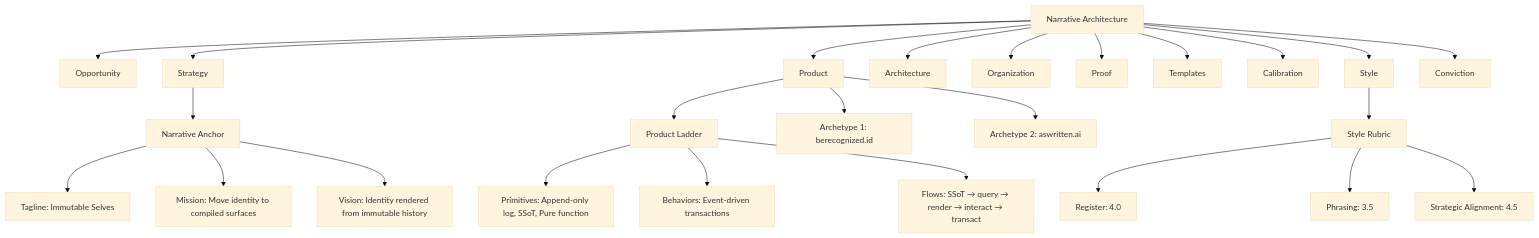
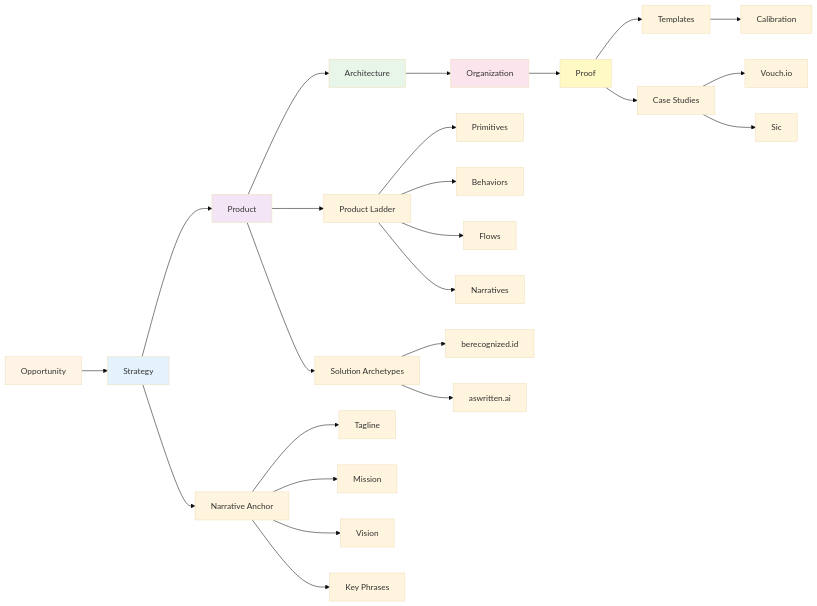
Before and after one commit to Synthetic-Identity-Co/conj-talk-2025: the second of 2 diagrams in README.md, drawn with Mermaid (base theme). The commit also changed other lines of this file, not shown here.

````diff
--- a/README.md
+++ b/README.md
@@ -98,31 +125,37 @@
 ```mermaid
-graph TD
-    NA[Narrative Architecture] --> Opp[Opportunity]
-    NA --> Strat[Strategy]
-    NA --> Prod[Product]
-    NA --> Arch[Architecture]
-    NA --> Org[Organization]
-    NA --> Proof[Proof]
-    NA --> Temp[Templates]
-    NA --> Cal[Calibration]
-    NA --> Style[Style]
-    NA --> Conv[Conviction]
+graph LR
+    A[Opportunity] --> B[Strategy]
+    B --> C[Product]
+    C --> D[Architecture]
+    D --> E[Organization]
+    E --> F[Proof]
+    F --> G[Templates]
+    G --> H[Calibration]
     
-    Strat --> Anchor[Narrative Anchor]
-    Anchor --> Tag[Tagline: Immutable Selves]
-    Anchor --> Miss[Mission: Move identity to compiled surfaces]
-    Anchor --> Vis[Vision: Identity rendered from immutable history]
+    B --> I[Narrative Anchor]
+    I --> J[Tagline]
+    I --> K[Mission]
+    I --> L[Vision]
+    I --> M[Key Phrases]
     
-    Prod --> Ladder[Product Ladder]
-    Ladder --> Prim[Primitives: Append-only log, SSoT, Pure function]
-    Ladder --> Behav[Behaviors: Event-driven transactions]
-    Ladder --> Flow[Flows: SSoT → query → render → interact → transact]
+    C --> N[Product Ladder]
+    N --> O[Primitives]
+    N --> P[Behaviors]
+    N --> Q[Flows]
+    N --> R[Narratives]
     
-    Prod --> Arch1[Archetype 1: berecognized.id]
-    Prod --> Arch2[Archetype 2: aswritten.ai]
+    C --> S[Solution Archetypes]
+    S --> T[berecognized.id]
+    S --> U[aswritten.ai]
     
-    Style --> Rubric[Style Rubric]
-    Rubric --> R1[Register: 4.0]
-    Rubric --> R2[Phrasing: 3.5]
-    Rubric --> R3[Strategic Alignment: 4.5]
+    F --> V[Case Studies]
+    V --> W[Vouch.io]
+    V --> X[Sic]
+    
+    style A fill:#fff4e6
+    style B fill:#e3f2fd
+    style C fill:#f3e5f5
+    style D fill:#e8f5e9
+    style E fill:#fce4ec
+    style F fill:#fff9c4
 ```
````
